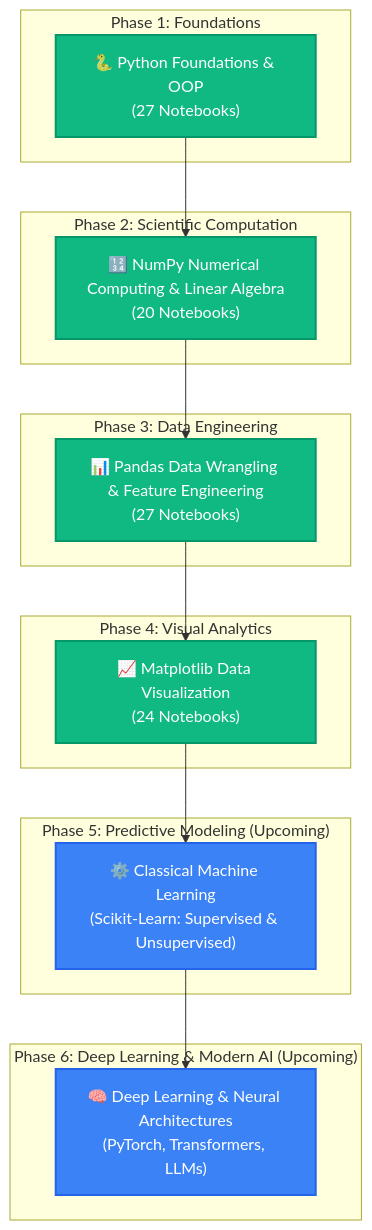
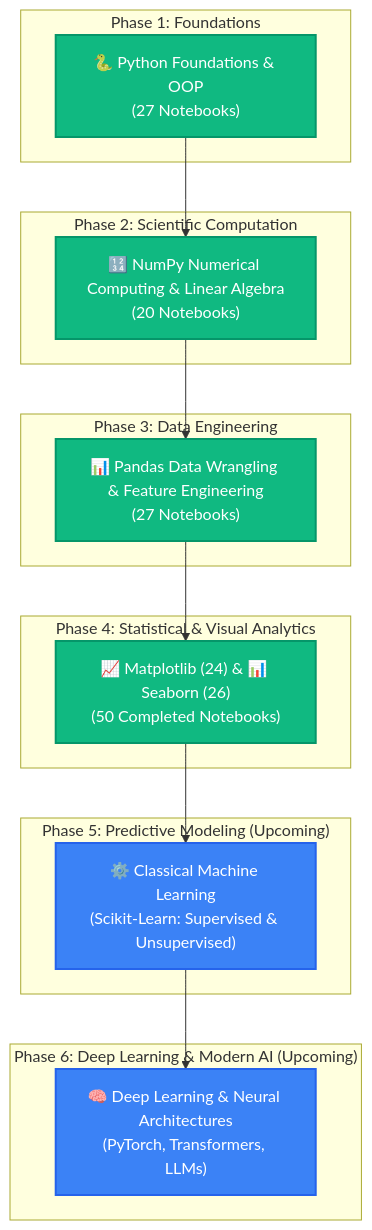
One commit to VIJAYAPANDIANT/AI-ML-Learning changed the diagram in README.md. Above: the diagram before and after it, drawn with Mermaid. The commit also changed other lines of this file and 27 other files, not shown here.

````diff
--- a/README.md
+++ b/README.md
@@ -97,37 +101,37 @@
 ```mermaid
 flowchart TD
     subgraph S1["Phase 1: Foundations"]
         A["🐍 Python Foundations & OOP<br/>(27 Notebooks)"]
     end
 
     subgraph S2["Phase 2: Scientific Computation"]
         B["🔢 NumPy Numerical Computing & Linear Algebra<br/>(20 Notebooks)"]
     end
 
     subgraph S3["Phase 3: Data Engineering"]
         C["📊 Pandas Data Wrangling & Feature Engineering<br/>(27 Notebooks)"]
     end
 
-    subgraph S4["Phase 4: Visual Analytics"]
-        D["📈 Matplotlib Data Visualization<br/>(24 Notebooks)"]
+    subgraph S4["Phase 4: Statistical & Visual Analytics"]
+        D["📈 Matplotlib (24) & 📊 Seaborn (26)<br/>(50 Completed Notebooks)"]
     end
 
     subgraph S5["Phase 5: Predictive Modeling (Upcoming)"]
         E["⚙️ Classical Machine Learning<br/>(Scikit-Learn: Supervised & Unsupervised)"]
     end
 
     subgraph S6["Phase 6: Deep Learning & Modern AI (Upcoming)"]
         F["🧠 Deep Learning & Neural Architectures<br/>(PyTorch, Transformers, LLMs)"]
     end
 
     A --> B
     B --> C
     C --> D
     D --> E
     E --> F
 
     classDef completed fill:#10B981,stroke:#059669,stroke-width:2px,color:#ffffff;
     classDef upcoming fill:#3B82F6,stroke:#2563EB,stroke-width:2px,color:#ffffff;
     class A,B,C,D completed;
     class E,F upcoming;
 ```
````
